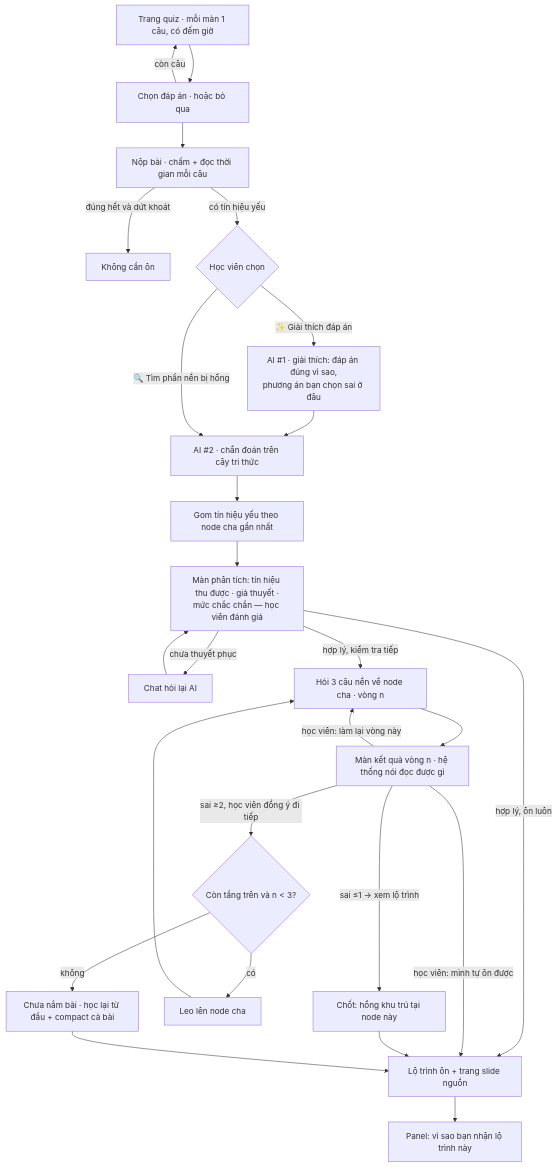
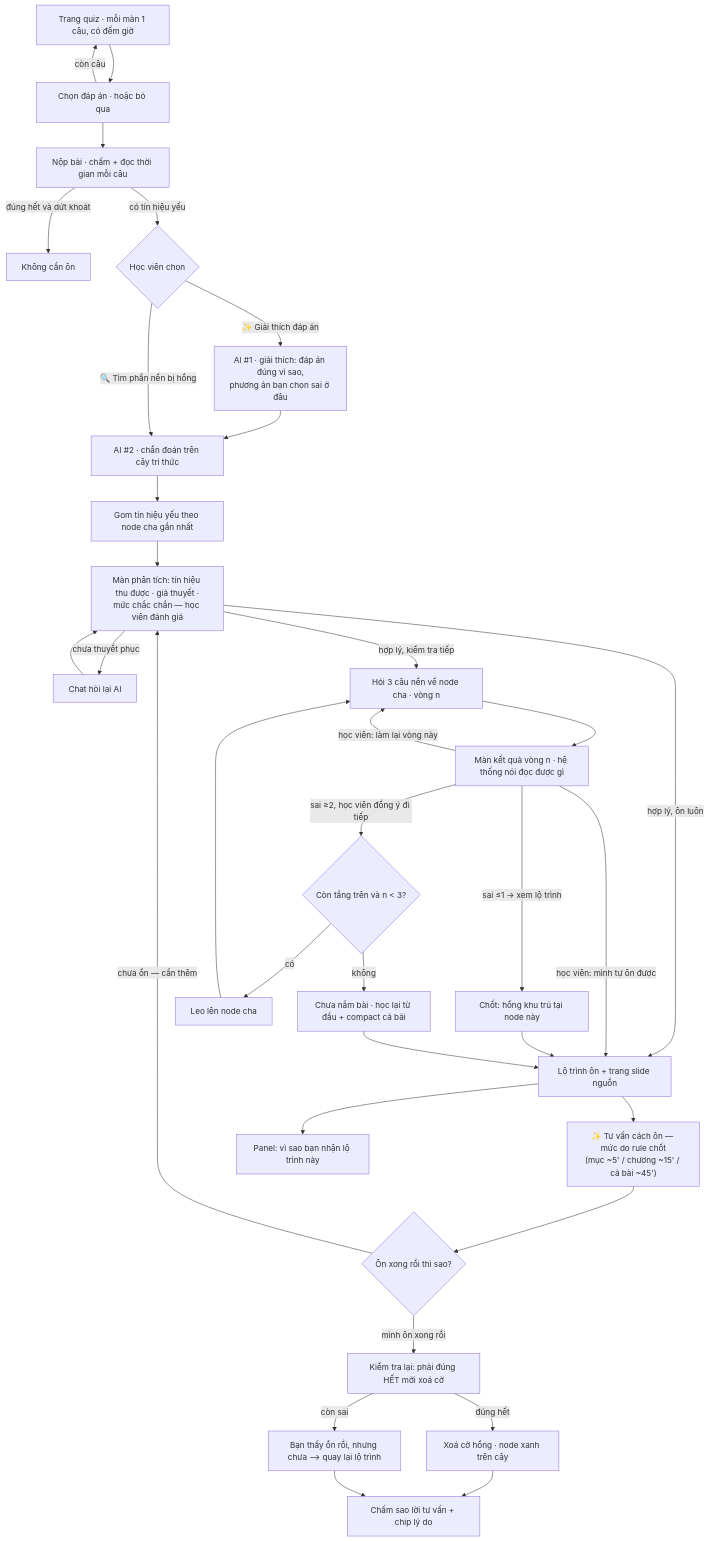
One commit to Le-Anh-Duy/K4-3B-E402-ColdBrew changed the first of 2 diagrams in mockup/flow.md. Above: the diagram before and after it, drawn with Mermaid. The commit also changed other lines of this file and 3 other files, not shown here.

First line of the commit message:
Đóng vòng học: tư vấn cách ôn + kiểm tra lại + chấm sao

````diff
--- a/mockup/flow.md
+++ b/mockup/flow.md
@@ -7,26 +7,34 @@
 ```mermaid
 flowchart TD
   A[Trang quiz · mỗi màn 1 câu, có đếm giờ] --> B[Chọn đáp án · hoặc bỏ qua]
   B -->|còn câu| A
   B --> C[Nộp bài · chấm + đọc thời gian mỗi câu]
   C -->|đúng hết và dứt khoát| Z[Không cần ôn]
   C -->|có tín hiệu yếu| X{Học viên chọn}
   X -->|✨ Giải thích đáp án| Y["AI #1 · giải thích: đáp án đúng vì sao,<br/>phương án bạn chọn sai ở đâu"]
   Y --> D
   X -->|🔍 Tìm phần nền bị hổng| D["AI #2 · chẩn đoán trên cây tri thức"]
   D --> E[Gom tín hiệu yếu theo node cha gần nhất]
   E --> P["Màn phân tích: tín hiệu thu được · giả thuyết ·<br/>mức chắc chắn — học viên đánh giá"]
   P -->|chưa thuyết phục| CH[Chat hỏi lại AI] --> P
   P -->|hợp lý, ôn luôn| K
   P -->|hợp lý, kiểm tra tiếp| F[Hỏi 3 câu nền về node cha · vòng n]
   F --> R[Màn kết quả vòng n · hệ thống nói đọc được gì]
   R -->|học viên: làm lại vòng này| F
   R -->|học viên: mình tự ôn được| K
   R -->|sai ≤1 → xem lộ trình| G[Chốt: hổng khu trú tại node này]
   R -->|sai ≥2, học viên đồng ý đi tiếp| H{Còn tầng trên và n < 3?}
   H -->|có| I[Leo lên node cha] --> F
   H -->|không| J[Chưa nắm bài · học lại từ đầu + compact cả bài]
   G --> K[Lộ trình ôn + trang slide nguồn]
   J --> K
+  K --> AD["✨ Tư vấn cách ôn — mức do rule chốt<br/>(mục ~5' / chương ~15' / cả bài ~45')"]
+  AD --> Q{Ôn xong rồi thì sao?}
+  Q -->|chưa ổn — cần thêm| P
+  Q -->|mình ôn xong rồi| RT[Kiểm tra lại: phải đúng HẾT mới xoá cờ]
+  RT -->|đúng hết| OK[Xoá cờ hổng · node xanh trên cây]
+  RT -->|còn sai| NO["Bạn thấy ổn rồi, nhưng chưa" --> quay lại lộ trình]
+  OK --> ST[Chấm sao lời tư vấn + chip lý do]
+  NO --> ST
   K --> L["Panel: vì sao bạn nhận lộ trình này"]
 ```
````
